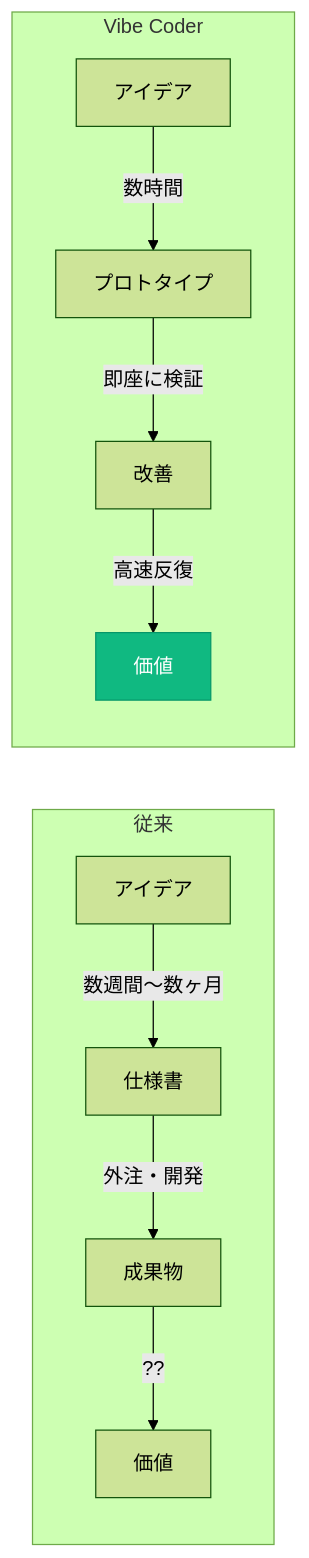
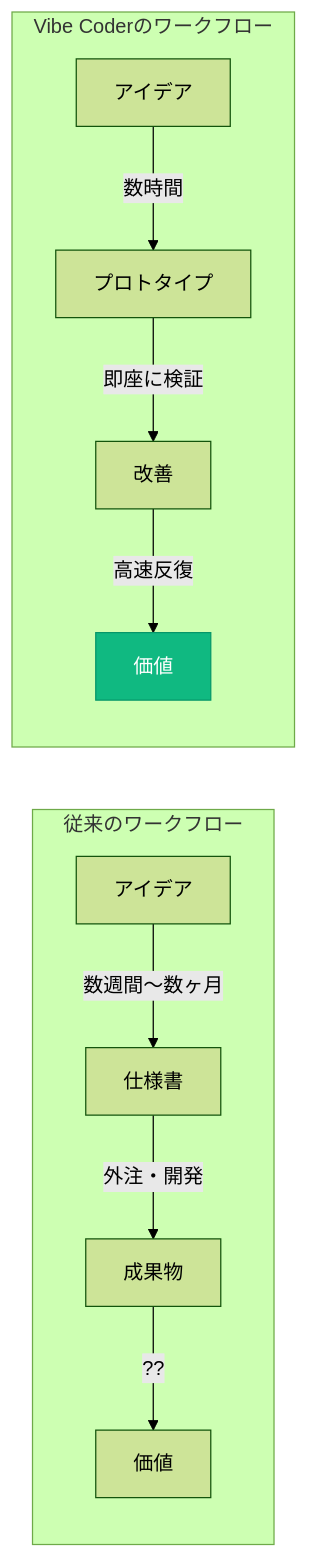
One commit to rsensui2/vibecoder-bootcamp changed the first of 17 diagrams in docs/研修内容/2025年9月/第一回/1-1_オリエンテーションとマインドセット変革.md. Above: the diagram before and after it, drawn with Mermaid (forest theme). The commit also changed other lines of this file and 229 other files, not shown here.

````diff
--- a/docs/研修内容/2025年9月/第一回/1-1_オリエンテーションとマインドセット変革.md
+++ b/docs/研修内容/2025年9月/第一回/1-1_オリエンテーションとマインドセット変革.md
@@ -268,16 +278,16 @@
 ```mermaid
 graph LR
-    subgraph "従来"
+    subgraph "従来のワークフロー"
         A1[アイデア] -->|数週間〜数ヶ月| A2[仕様書]
         A2 -->|外注・開発| A3[成果物]
         A3 -->|??| A4[価値]
     end
-    
-    subgraph "Vibe Coder"
+
+    subgraph "Vibe Coderのワークフロー"
         B1[アイデア] -->|数時間| B2[プロトタイプ]
         B2 -->|即座に検証| B3[改善]
         B3 -->|高速反復| B4[価値]
     end
-    
+
     style B4 fill:#10b981,stroke:#059669,color:#fff
 ```
````
